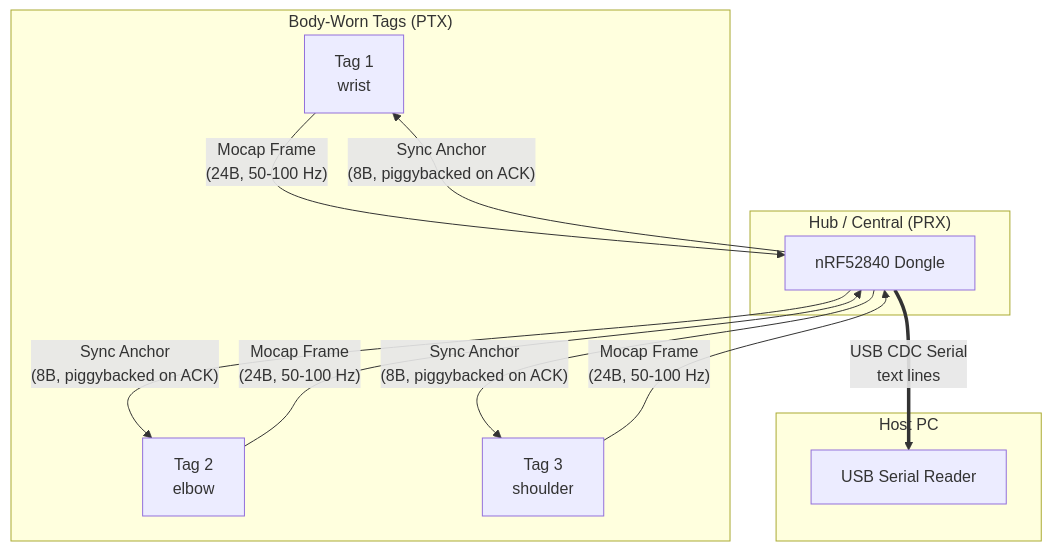
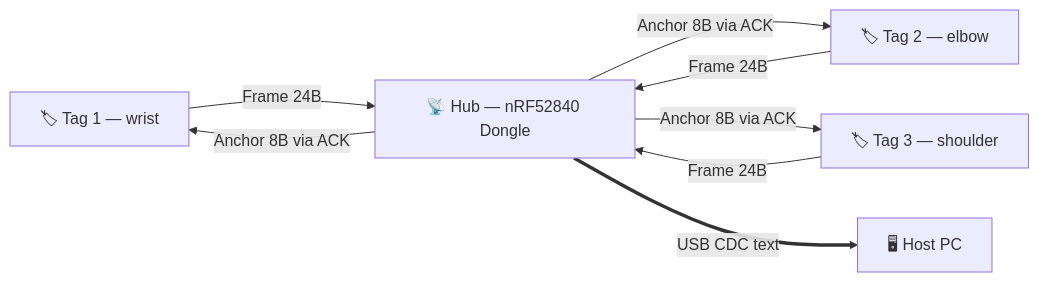
Before and after one commit to Mrunmoy/HelixDrift: the first of 7 diagrams in docs/RF_PROTOCOL_REFERENCE.md, drawn with Mermaid. The commit also changed other lines of this file and 2 other files, not shown here.

First line of the commit message:
m8: defer InfoRsp until ESB stops, fix uploader serial params

````diff
--- a/docs/RF_PROTOCOL_REFERENCE.md
+++ b/docs/RF_PROTOCOL_REFERENCE.md
@@ -14,24 +14,10 @@
 ```mermaid
-graph TD
-    subgraph Tags["Body-Worn Tags (PTX)"]
-        T1["Tag 1<br/>wrist"]
-        T2["Tag 2<br/>elbow"]
-        T3["Tag 3<br/>shoulder"]
-    end
-
-    subgraph Hub["Hub / Central (PRX)"]
-        H["nRF52840 Dongle"]
-    end
-
-    subgraph Host["Host PC"]
-        PC["USB Serial Reader"]
-    end
-
-    T1 -- "Mocap Frame<br/>(24B, 50-100 Hz)" --> H
-    T2 -- "Mocap Frame<br/>(24B, 50-100 Hz)" --> H
-    T3 -- "Mocap Frame<br/>(24B, 50-100 Hz)" --> H
-    H -- "Sync Anchor<br/>(8B, piggybacked on ACK)" --> T1
-    H -- "Sync Anchor<br/>(8B, piggybacked on ACK)" --> T2
-    H -- "Sync Anchor<br/>(8B, piggybacked on ACK)" --> T3
-    H == "USB CDC Serial<br/>text lines" ==> PC
+graph LR
+    T1["🏷 Tag 1 — wrist"] -->|Frame 24B| Hub["📡 Hub — nRF52840 Dongle"]
+    T2["🏷 Tag 2 — elbow"] -->|Frame 24B| Hub
+    T3["🏷 Tag 3 — shoulder"] -->|Frame 24B| Hub
+    Hub -->|Anchor 8B via ACK| T1
+    Hub -->|Anchor 8B via ACK| T2
+    Hub -->|Anchor 8B via ACK| T3
+    Hub ==>|USB CDC text| PC["🖥 Host PC"]
 ```
````
